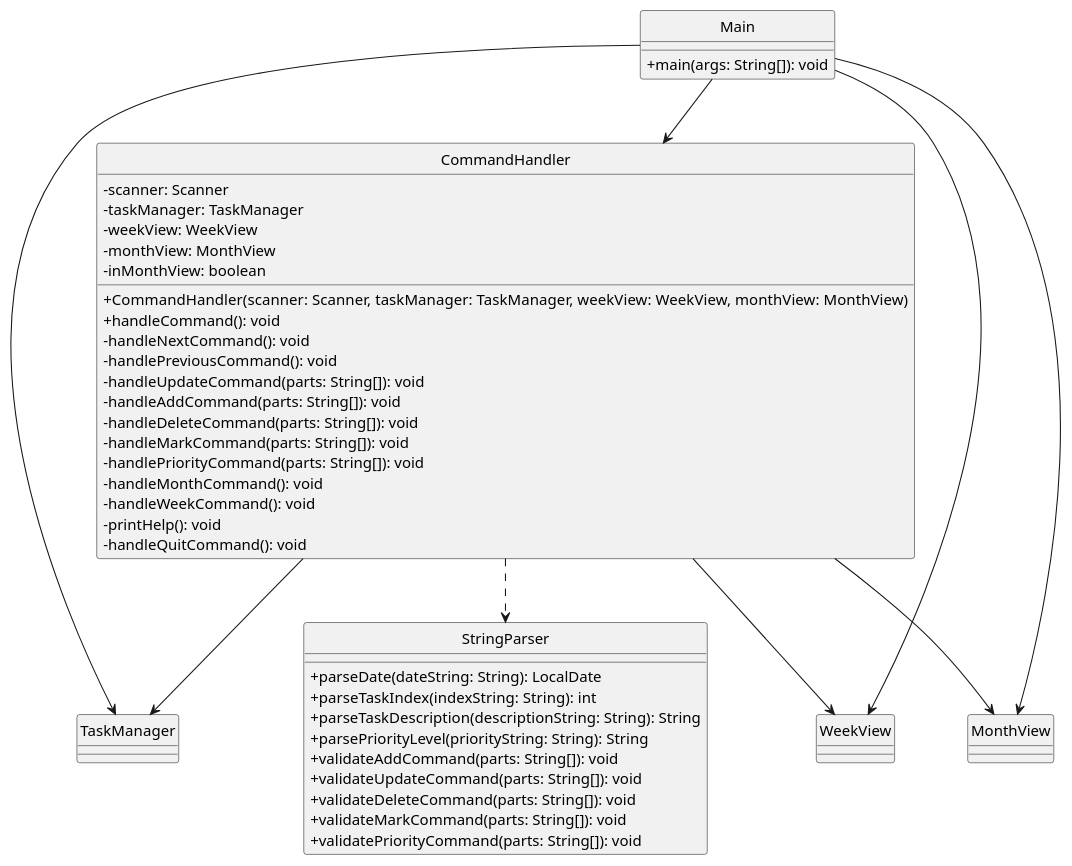
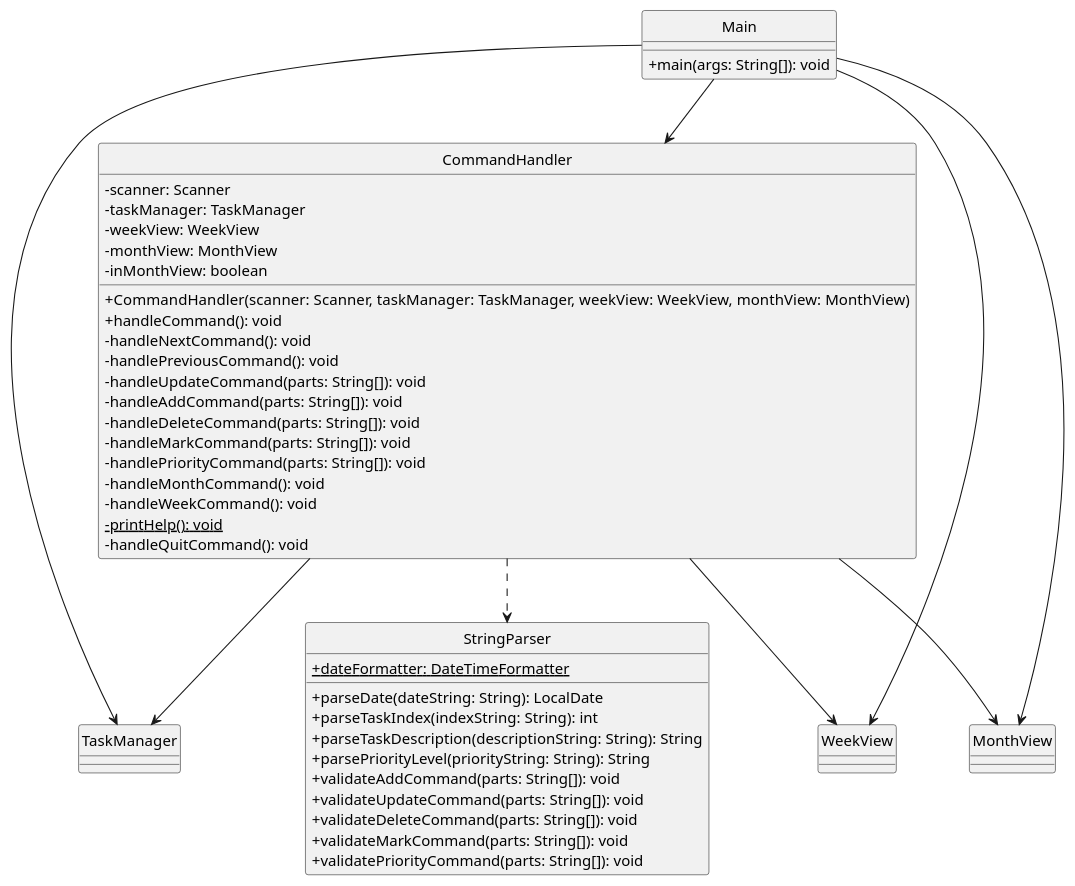
One commit to clarencepohh/tp changed the diagram in docs/diagrams/class/CommandParser.puml. Above: the diagram before and after it, drawn with PlantUML. The commit also changed 5 other files, not shown here.

```diff
--- a/docs/diagrams/class/CommandParser.puml
+++ b/docs/diagrams/class/CommandParser.puml
@@ -1,53 +1,54 @@
 @startuml
 
 skinparam classAttributeIconSize 0
 
 class CommandHandler {
     - scanner: Scanner
     - taskManager: TaskManager
     - weekView: WeekView
     - monthView: MonthView
     - inMonthView: boolean
     + CommandHandler(scanner: Scanner, taskManager: TaskManager, weekView: WeekView, monthView: MonthView)
     + handleCommand(): void
     - handleNextCommand(): void
     - handlePreviousCommand(): void
     - handleUpdateCommand(parts: String[]): void
     - handleAddCommand(parts: String[]): void
     - handleDeleteCommand(parts: String[]): void
     - handleMarkCommand(parts: String[]): void
     - handlePriorityCommand(parts: String[]): void
     - handleMonthCommand(): void
     - handleWeekCommand(): void
-    - printHelp(): void
+    - {static} printHelp(): void
     - handleQuitCommand(): void
 }
 
 class StringParser {
+    + {static} dateFormatter: DateTimeFormatter
     + parseDate(dateString: String): LocalDate
     + parseTaskIndex(indexString: String): int
     + parseTaskDescription(descriptionString: String): String
     + parsePriorityLevel(priorityString: String): String
     + validateAddCommand(parts: String[]): void
     + validateUpdateCommand(parts: String[]): void
     + validateDeleteCommand(parts: String[]): void
     + validateMarkCommand(parts: String[]): void
     + validatePriorityCommand(parts: String[]): void
 }
 
 class Main {
     + main(args: String[]): void
 }
 
 Main --> CommandHandler
 Main --> TaskManager
 Main --> WeekView
 Main --> MonthView
 CommandHandler --> TaskManager
 CommandHandler --> WeekView
 CommandHandler --> MonthView
 CommandHandler ..> StringParser
 
 hide circle
 
 @enduml
```
